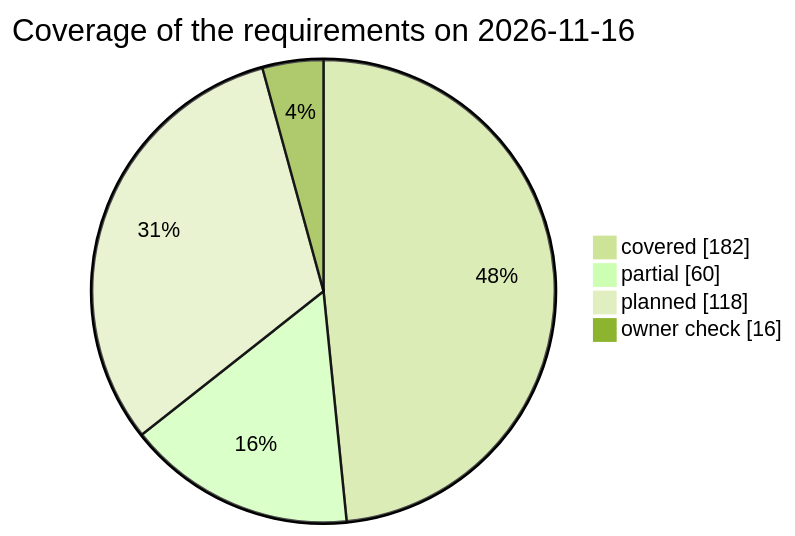
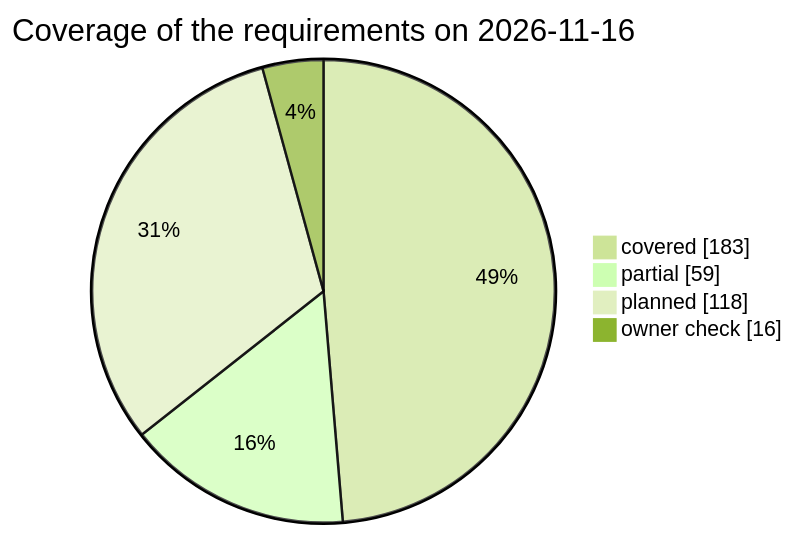
Before and after one commit to qa-io-vn/fnb-manager: the third of 3 diagrams in docs/test-plan.md, drawn with Mermaid (forest theme). The commit also changed other lines of this file and 48 other files, not shown here.

````diff
--- a/docs/test-plan.md
+++ b/docs/test-plan.md
@@ -869,8 +873,8 @@
 ```mermaid
 pie showData
     title Coverage of the requirements on 2026-11-16
-    "covered" : 182
-    "partial" : 60
+    "covered" : 183
+    "partial" : 59
     "planned" : 118
     "owner check" : 16
 ```
````
